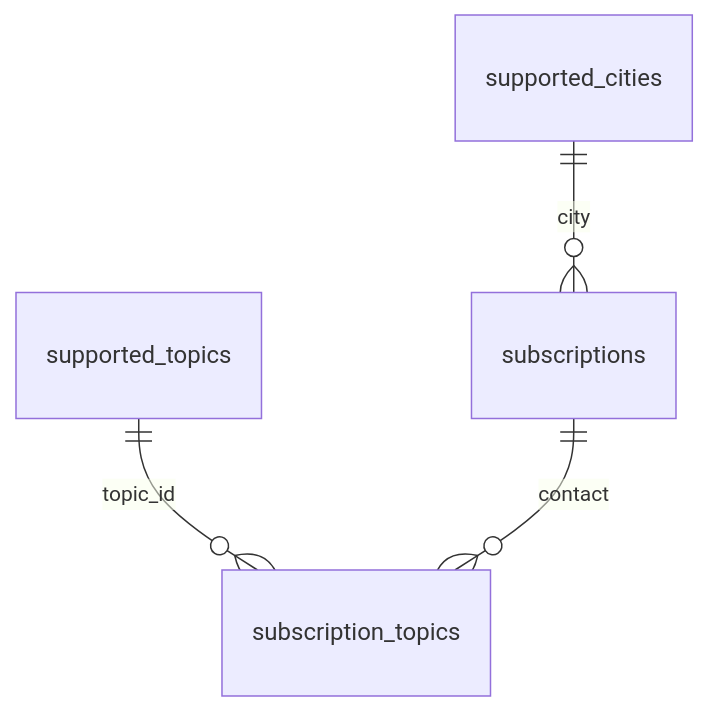
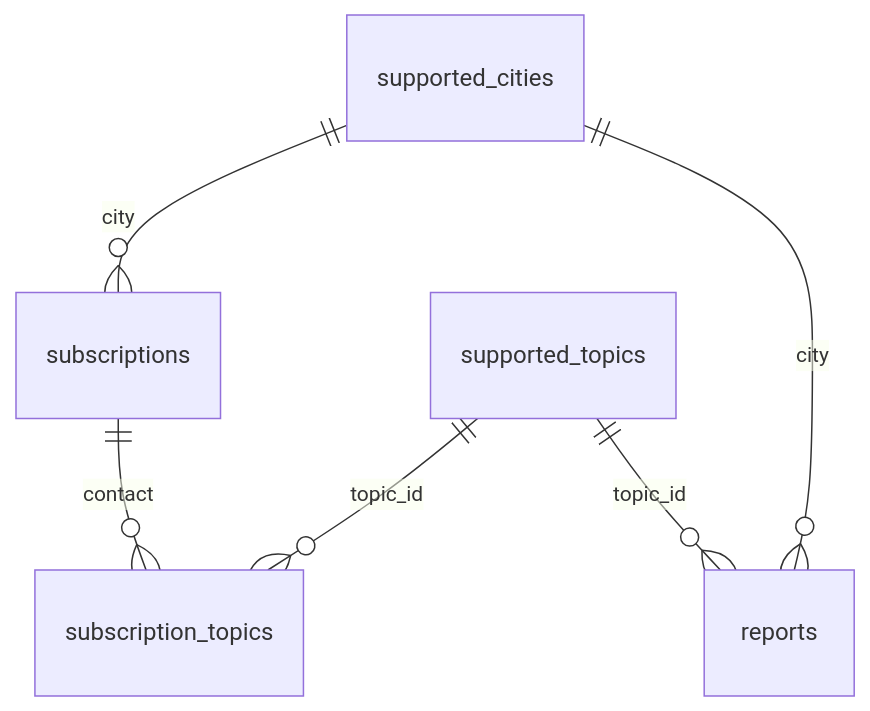
The diagram in docs/DB_INFRASTRUCTURE.md (Next-Voters/Next-Voters-Local), drawn with Mermaid before and after one commit. The commit also changed other lines of this file and 4 other files, not shown here.

````diff
--- a/docs/DB_INFRASTRUCTURE.md
+++ b/docs/DB_INFRASTRUCTURE.md
@@ -43,6 +57,8 @@
 ```mermaid
 erDiagram
     supported_cities ||--o{ subscriptions : "city"
+    supported_cities ||--o{ reports : "city"
     supported_topics ||--o{ subscription_topics : "topic_id"
+    supported_topics ||--o{ reports : "topic_id"
     subscriptions ||--o{ subscription_topics : "contact"
 ```
````
